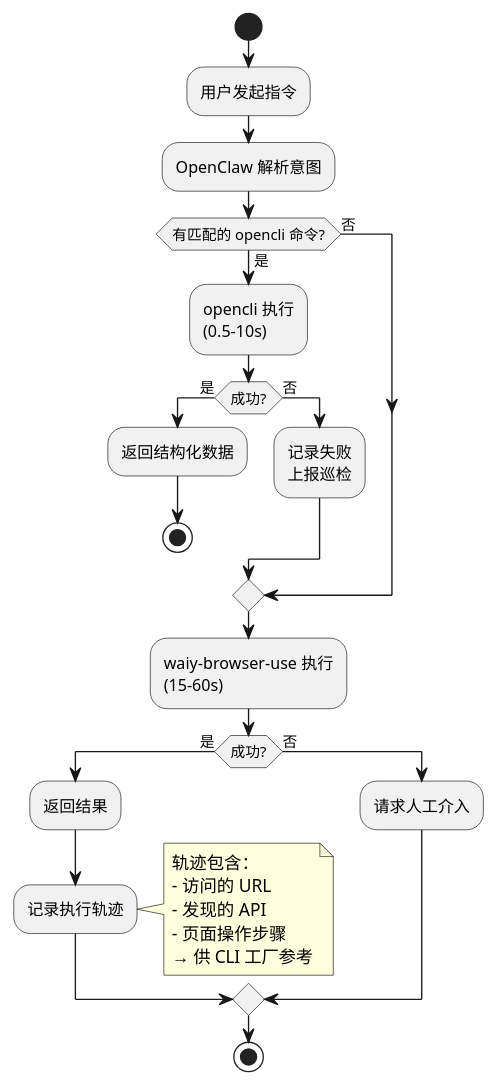
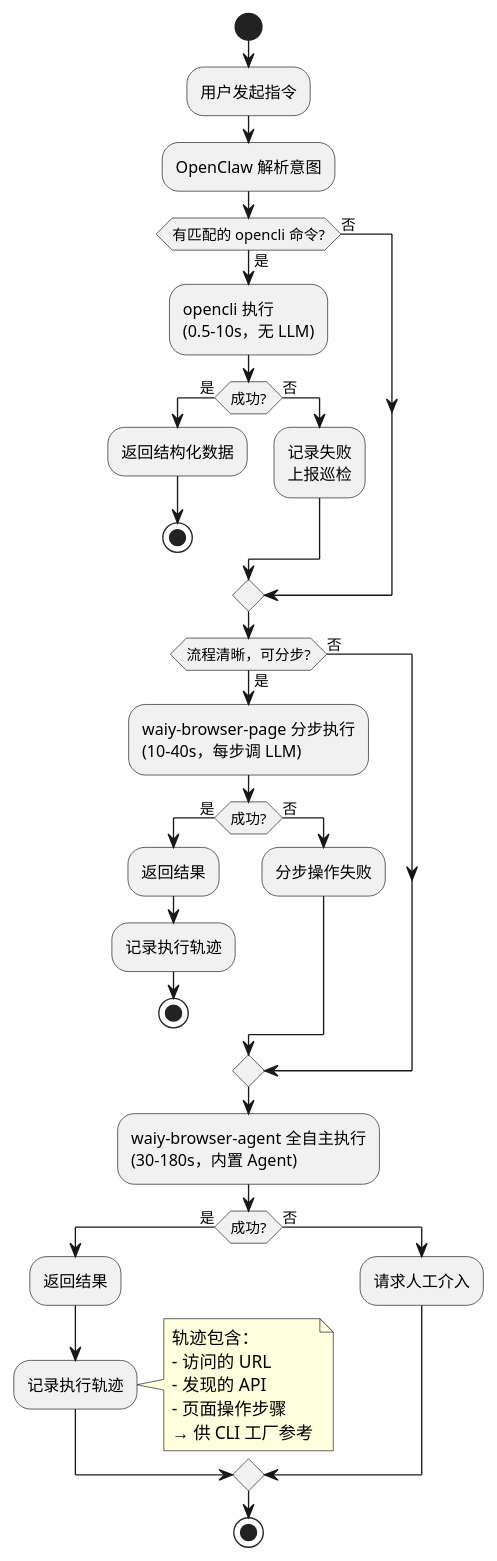
Before and after one commit to shadow-cyan/OpenCLI: the fourth of 4 diagrams in doc/office-automation-architecture.md, drawn with PlantUML. The commit also changed other lines of this file, not shown here.

First line of the commit message:
docs(architecture): integrate waiy-browser three-tier skill architecture

````diff
--- a/doc/office-automation-architecture.md
+++ b/doc/office-automation-architecture.md
@@ -621,39 +720,51 @@
 ```plantuml
 @startuml
 skinparam activityShape roundedBox
 
 start
 :用户发起指令;
 
 :OpenClaw 解析意图;
 
 if (有匹配的 opencli 命令?) then (是)
-  :opencli 执行\n(0.5-10s);
+  :opencli 执行\n(0.5-10s，无 LLM);
   if (成功?) then (是)
     :返回结构化数据;
     stop
   else (否)
     :记录失败\n上报巡检;
   endif
 else (否)
 endif
 
-:waiy-browser-use 执行\n(15-60s);
+if (流程清晰，可分步?) then (是)
+  :waiy-browser-page 分步执行\n(10-40s，每步调 LLM);
+  if (成功?) then (是)
+    :返回结果;
+    :记录执行轨迹;
+    stop
+  else (否)
+    :分步操作失败;
+  endif
+else (否)
+endif
+
+:waiy-browser-agent 全自主执行\n(30-180s，内置 Agent);
 if (成功?) then (是)
   :返回结果;
   :记录执行轨迹;
   note right
     轨迹包含：
     - 访问的 URL
     - 发现的 API
     - 页面操作步骤
     → 供 CLI 工厂参考
   end note
 else (否)
   :请求人工介入;
 endif
 
 stop
 
 @enduml
 ```
````
